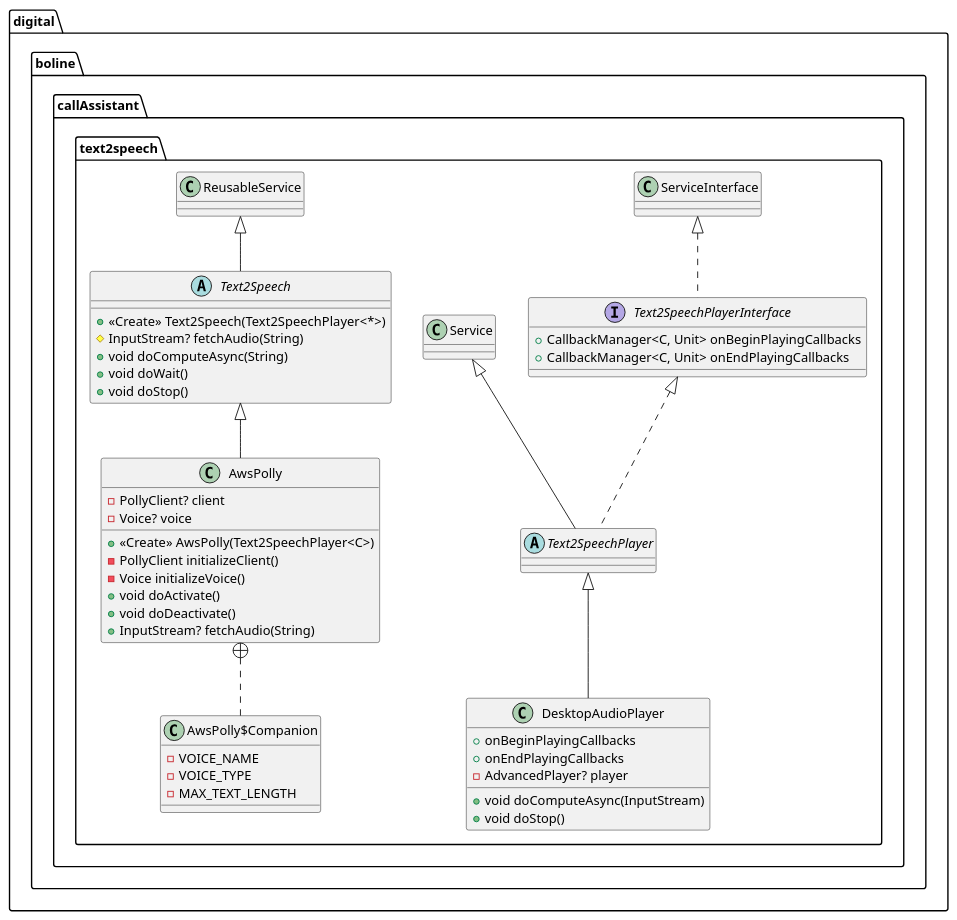
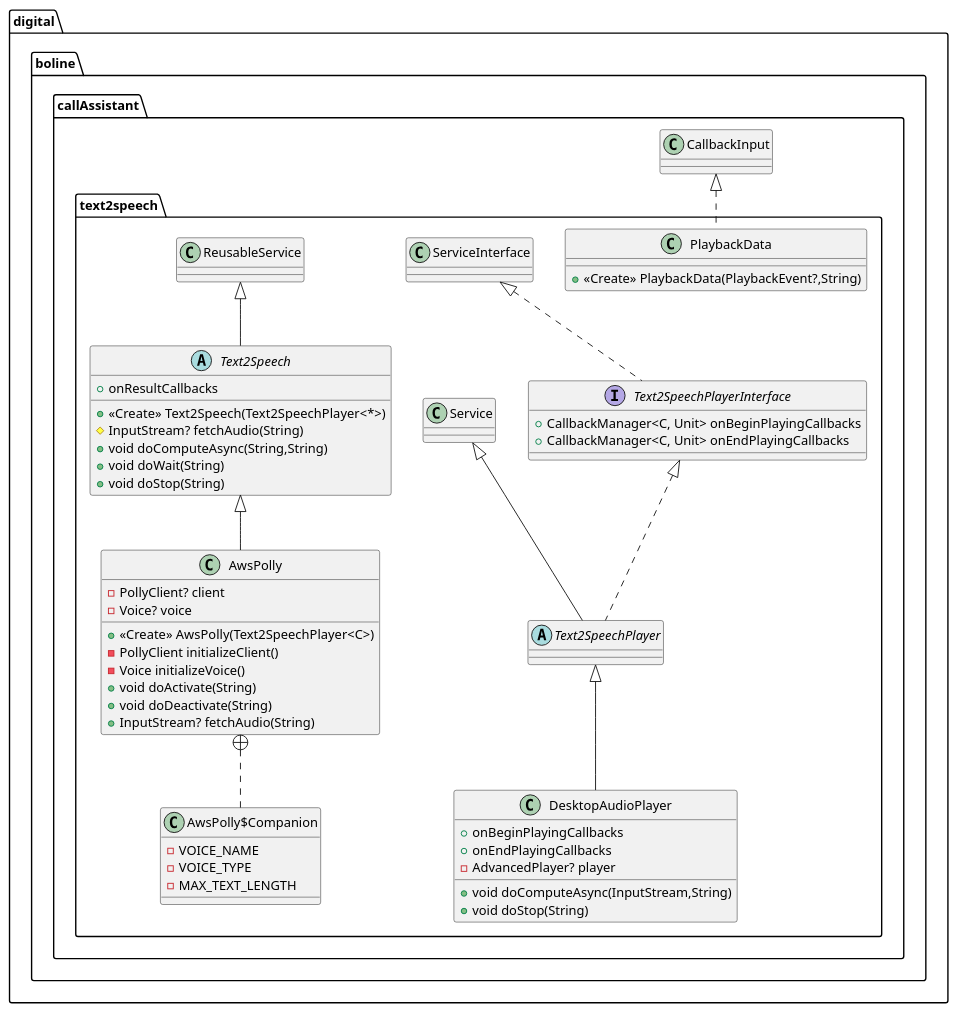
Before and after one commit to buoncubi/call_assistant: the diagram in doc/uml/text2speech.puml, drawn with PlantUML. The commit also changed 308 other files, not shown here.

```diff
--- a/doc/uml/text2speech.puml
+++ b/doc/uml/text2speech.puml
@@ -1,53 +1,60 @@
 @startuml
-class digital.boline.callAssistant.text2speech.DesktopAudioPlayer {
-+  onBeginPlayingCallbacks
-+  onEndPlayingCallbacks
-- AdvancedPlayer? player
-+ void doComputeAsync(InputStream)
-+ void doStop()
-}
-
-
 interface digital.boline.callAssistant.text2speech.Text2SpeechPlayerInterface {
 + CallbackManager<C, Unit> onBeginPlayingCallbacks
 + CallbackManager<C, Unit> onEndPlayingCallbacks
 }
 
 abstract class digital.boline.callAssistant.text2speech.Text2SpeechPlayer {
 }
 abstract class digital.boline.callAssistant.text2speech.Text2Speech {
++  onResultCallbacks
 + <<Create>> Text2Speech(Text2SpeechPlayer<*>)
 # InputStream? fetchAudio(String)
-+ void doComputeAsync(String)
-+ void doWait()
-+ void doStop()
++ void doComputeAsync(String,String)
++ void doWait(String)
++ void doStop(String)
 }
+
+
+class digital.boline.callAssistant.text2speech.PlaybackData {
++ <<Create>> PlaybackData(PlaybackEvent?,String)
+}
+
+class digital.boline.callAssistant.text2speech.DesktopAudioPlayer {
++  onBeginPlayingCallbacks
++  onEndPlayingCallbacks
+- AdvancedPlayer? player
++ void doComputeAsync(InputStream,String)
++ void doStop(String)
+}
+
 
 class digital.boline.callAssistant.text2speech.AwsPolly$Companion {
 -  VOICE_NAME
 -  VOICE_TYPE
 -  MAX_TEXT_LENGTH
 }
 
 class digital.boline.callAssistant.text2speech.AwsPolly {
 - PollyClient? client
 - Voice? voice
 + <<Create>> AwsPolly(Text2SpeechPlayer<C>)
 - PollyClient initializeClient()
 - Voice initializeVoice()
-+ void doActivate()
-+ void doDeactivate()
++ void doActivate(String)
++ void doDeactivate(String)
 + InputStream? fetchAudio(String)
 }
 
 
 
 
-digital.boline.callAssistant.text2speech.Text2SpeechPlayer <|-- digital.boline.callAssistant.text2speech.DesktopAudioPlayer
 digital.boline.callAssistant.text2speech.ServiceInterface <|.. digital.boline.callAssistant.text2speech.Text2SpeechPlayerInterface
 digital.boline.callAssistant.text2speech.Service <|-- digital.boline.callAssistant.text2speech.Text2SpeechPlayer
 digital.boline.callAssistant.text2speech.Text2SpeechPlayerInterface <|.. digital.boline.callAssistant.text2speech.Text2SpeechPlayer
 digital.boline.callAssistant.text2speech.ReusableService <|-- digital.boline.callAssistant.text2speech.Text2Speech
+digital.boline.callAssistant.CallbackInput <|.. digital.boline.callAssistant.text2speech.PlaybackData
+digital.boline.callAssistant.text2speech.Text2SpeechPlayer <|-- digital.boline.callAssistant.text2speech.DesktopAudioPlayer
 digital.boline.callAssistant.text2speech.AwsPolly +.. digital.boline.callAssistant.text2speech.AwsPolly$Companion
 digital.boline.callAssistant.text2speech.Text2Speech <|-- digital.boline.callAssistant.text2speech.AwsPolly
 @enduml
```
